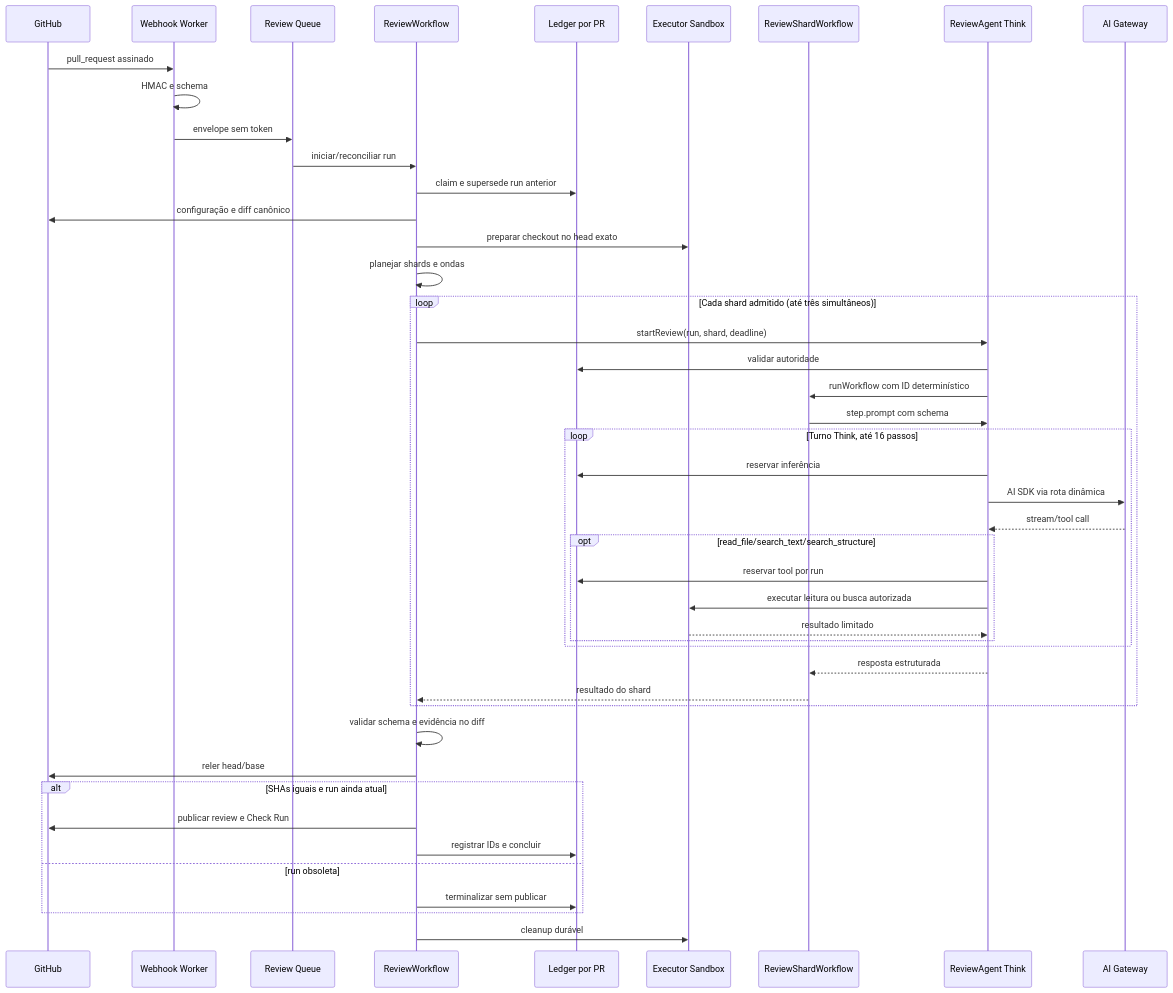
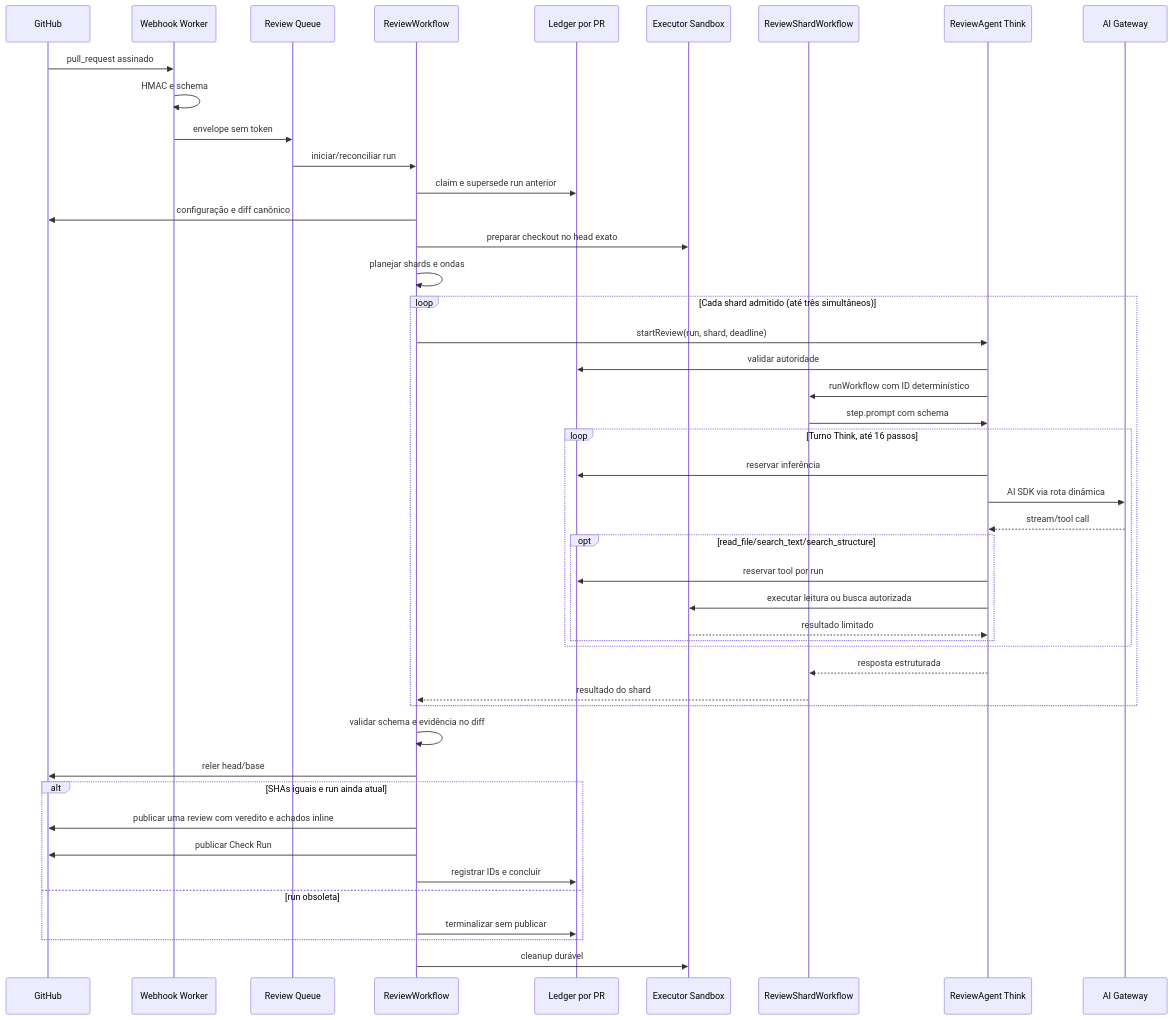
The diagram in docs/architecture/review-runtime-flow.md (ThiagoCrepequer/holon), drawn with Mermaid before and after one commit. The commit also changed other lines of this file and 11 other files, not shown here.

````diff
--- a/docs/architecture/review-runtime-flow.md
+++ b/docs/architecture/review-runtime-flow.md
@@ -21,48 +21,49 @@
 ```mermaid
 sequenceDiagram
     participant GH as GitHub
     participant IN as Webhook Worker
     participant Q as Review Queue
     participant WF as ReviewWorkflow
     participant LE as Ledger por PR
     participant EX as Executor Sandbox
     participant AW as ReviewShardWorkflow
     participant AG as ReviewAgent Think
     participant GW as AI Gateway
 
     GH->>IN: pull_request assinado
     IN->>IN: HMAC e schema
     IN->>Q: envelope sem token
     Q->>WF: iniciar/reconciliar run
     WF->>LE: claim e supersede run anterior
     WF->>GH: configuração e diff canônico
     WF->>EX: preparar checkout no head exato
     WF->>WF: planejar shards e ondas
     loop Cada shard admitido (até três simultâneos)
       WF->>AG: startReview(run, shard, deadline)
       AG->>LE: validar autoridade
       AG->>AW: runWorkflow com ID determinístico
       AW->>AG: step.prompt com schema
       loop Turno Think, até 16 passos
         AG->>LE: reservar inferência
         AG->>GW: AI SDK via rota dinâmica
         GW-->>AG: stream/tool call
         opt read_file/search_text/search_structure
           AG->>LE: reservar tool por run
           AG->>EX: executar leitura ou busca autorizada
           EX-->>AG: resultado limitado
         end
       end
       AG-->>AW: resposta estruturada
       AW-->>WF: resultado do shard
     end
     WF->>WF: validar schema e evidência no diff
     WF->>GH: reler head/base
     alt SHAs iguais e run ainda atual
-      WF->>GH: publicar review e Check Run
+      WF->>GH: publicar uma review com veredito e achados inline
+      WF->>GH: publicar Check Run
       WF->>LE: registrar IDs e concluir
     else run obsoleta
       WF->>LE: terminalizar sem publicar
     end
     WF->>EX: cleanup durável
 ```
````
